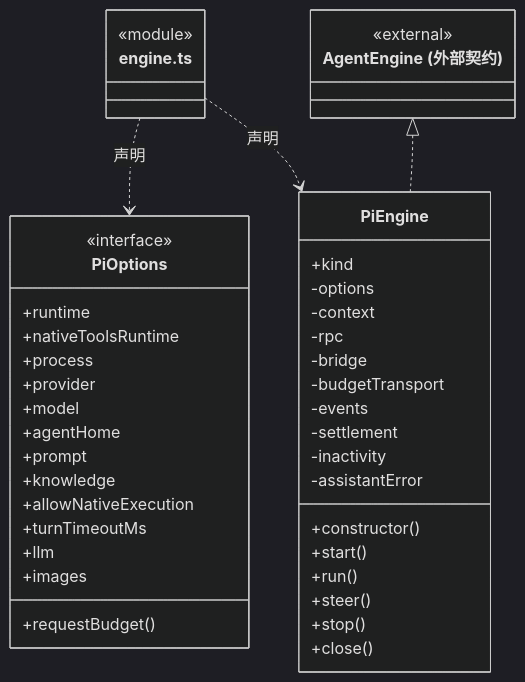
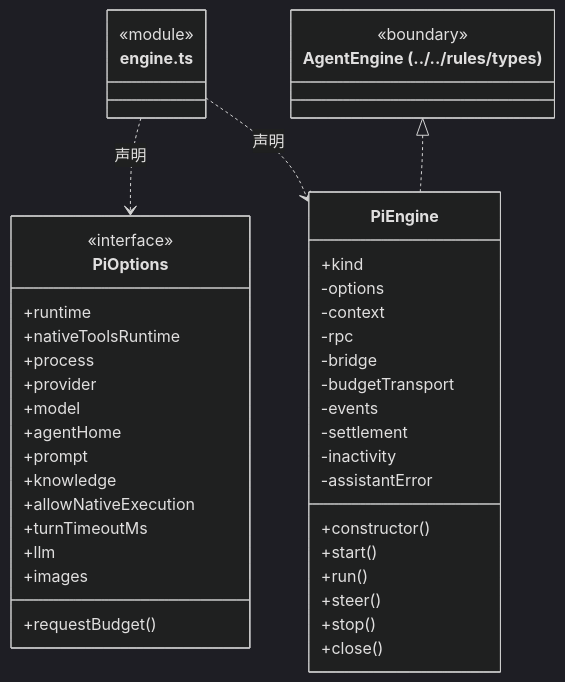
One commit to nan023062/cbim changed the fourth of 11 diagrams in src/logic/execution/engines/pi/ARCHITECTURE.md. Above: the diagram before and after it, drawn with Mermaid (dark theme). The commit also changed other lines of this file and 112 other files, not shown here.

Commit message:
docs: align source architecture with current declarations and contracts

````diff
--- a/src/logic/execution/engines/pi/ARCHITECTURE.md
+++ b/src/logic/execution/engines/pi/ARCHITECTURE.md
@@ -281,46 +281,46 @@
 ```mermaid
 classDiagram
 class N_src_logic_execution_engines_pi_engine_ts["engine.ts"] {
   <<module>>
 }
 class N_src_logic_execution_engines_pi_engine_ts_PiOptions["PiOptions"] {
   <<interface>>
   +runtime
   +nativeToolsRuntime
   +process
   +provider
   +model
   +agentHome
   +prompt
   +knowledge
   +allowNativeExecution
   +turnTimeoutMs
   +llm
   +images
   +requestBudget()
 }
 N_src_logic_execution_engines_pi_engine_ts ..> N_src_logic_execution_engines_pi_engine_ts_PiOptions : 声明
 class N_src_logic_execution_engines_pi_engine_ts_PiEngine["PiEngine"] {
   +kind
   +constructor()
   +start()
   +run()
   +steer()
   +stop()
   +close()
   -options
   -context
   -rpc
   -bridge
   -budgetTransport
   -events
   -settlement
   -inactivity
   -assistantError
 }
 N_src_logic_execution_engines_pi_engine_ts ..> N_src_logic_execution_engines_pi_engine_ts_PiEngine : 声明
-class N_src_logic_execution_engines_pi_engine_ts_external_AgentEngine["AgentEngine (外部契约)"] {
-  <<external>>
+class N_src_logic_execution_engines_pi_engine_ts_external_AgentEngine["AgentEngine (../../rules/types)"] {
+  <<boundary>>
 }
 N_src_logic_execution_engines_pi_engine_ts_external_AgentEngine <|.. N_src_logic_execution_engines_pi_engine_ts_PiEngine
 ```
````
